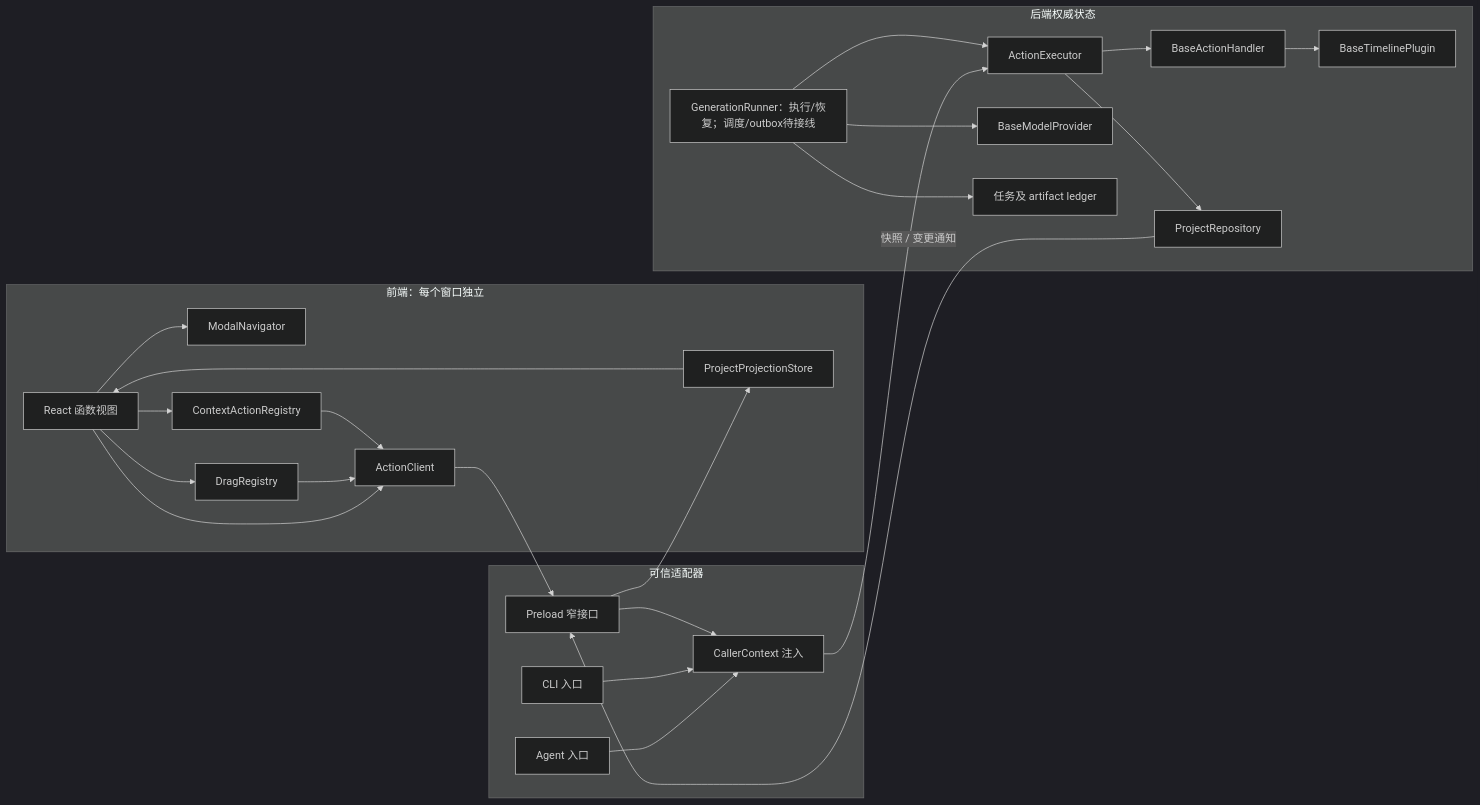
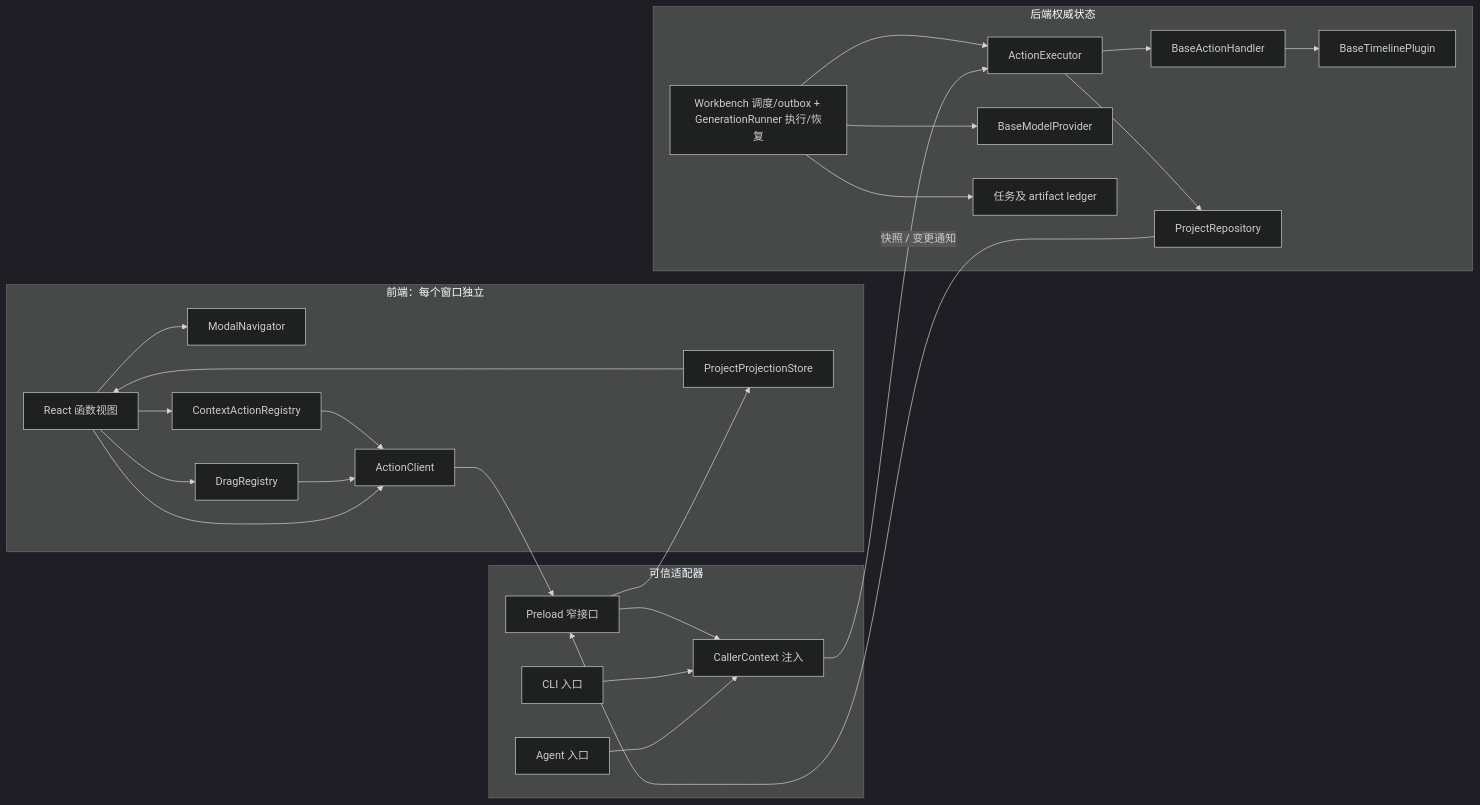
Before and after one commit to rhxsollieb-cloud/PIXEL: the first of 3 diagrams in docs/core-architecture.zh-CN.md, drawn with Mermaid (dark theme). The commit also changed other lines of this file and 48 other files, not shown here.

Commit message:
feat: add pixel desktop workflow and timeline scrubbing

````diff
--- a/docs/core-architecture.zh-CN.md
+++ b/docs/core-architecture.zh-CN.md
@@ -73,46 +79,46 @@
 ```mermaid
 flowchart LR
   subgraph Renderer[前端：每个窗口独立]
     View[React 函数视图]
     Modal[ModalNavigator]
     Menu[ContextActionRegistry]
     Drag[DragRegistry]
     Client[ActionClient]
     Projection[ProjectProjectionStore]
     View --> Modal
     View --> Menu
     View --> Drag
     Menu --> Client
     Drag --> Client
     View --> Client
     Projection --> View
   end
   subgraph Trusted[可信适配器]
     Bridge[Preload 窄接口]
     CLI[CLI 入口]
     Agent[Agent 入口]
     Auth[CallerContext 注入]
   end
   subgraph Backend[后端权威状态]
     Executor[ActionExecutor]
     Handler[BaseActionHandler]
     Repo[ProjectRepository]
-    Scheduler[GenerationRunner：执行/恢复；调度/outbox待接线]
+    Scheduler[Workbench 调度/outbox + GenerationRunner 执行/恢复]
     Provider[BaseModelProvider]
     Ledger[任务及 artifact ledger]
     Plugin[BaseTimelinePlugin]
     Executor --> Handler
     Executor --> Repo
     Handler --> Plugin
     Scheduler --> Provider
     Scheduler --> Ledger
     Scheduler --> Executor
   end
   Client --> Bridge
   Bridge --> Auth
   CLI --> Auth
   Agent --> Auth
   Auth --> Executor
   Repo -->|快照 / 变更通知| Bridge
   Bridge --> Projection
 ```
````
